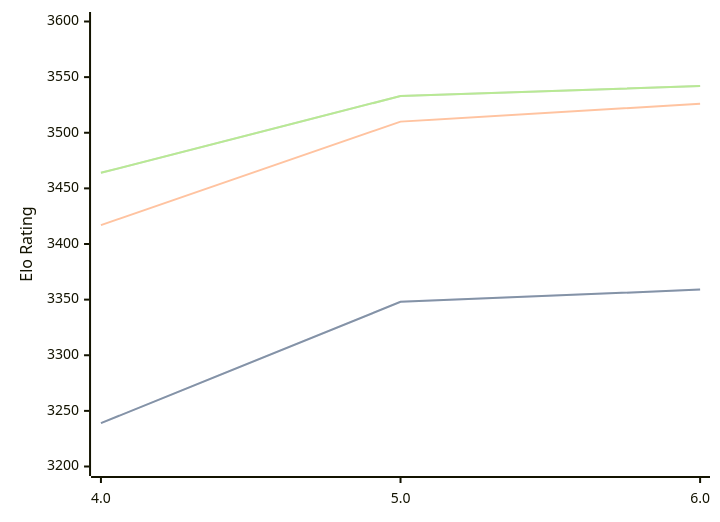
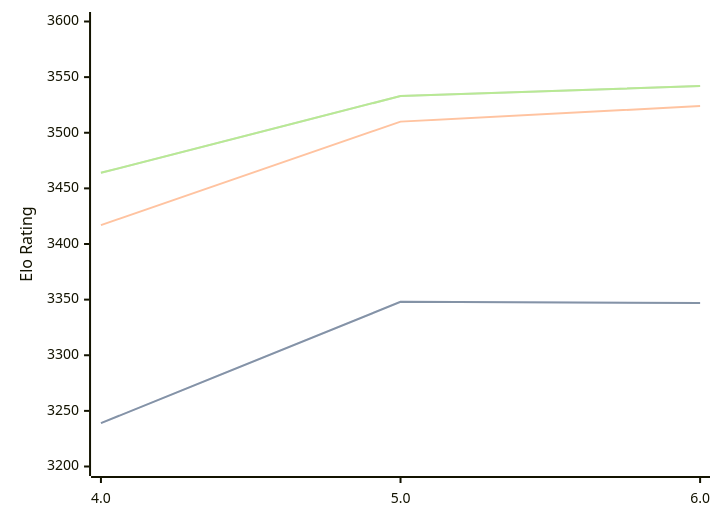
The first of 3 diagrams in engines/Tarnished.md (computer-chess-index/cci), drawn with Mermaid before and after one commit. The commit also changed other lines of this file, not shown here.

````diff
--- a/engines/Tarnished.md
+++ b/engines/Tarnished.md
@@ -37,11 +37,11 @@
 ```mermaid
 %%{init: {"theme":"base","themeVariables":{"seriesColors:['#a3a3a3','#222221','#faa371']}}}%%
 xychart-beta
   x-axis ["4.0", "5.0", "6.0"]
   y-axis "Elo Rating" 3200 --> 3600
-  line "STC (8.0+0.08s)" [3239, 3348, 3359]
-  line "STC (8.0+0.08s)" [3239, 3348, 3359]
-  line "LTC (60.0+0.60s)" [3417, 3510, 3526]
+  line "STC (8.0+0.08s)" [3239, 3348, 3347]
+  line "STC (8.0+0.08s)" [3239, 3348, 3347]
+  line "LTC (60.0+0.60s)" [3417, 3510, 3524]
   line "VLTC (2m24s+1.12s)" [3464, 3533, 3542]
   line "VLTC (2m24s+1.12s)" [3464, 3533, 3542]
 ```
````
